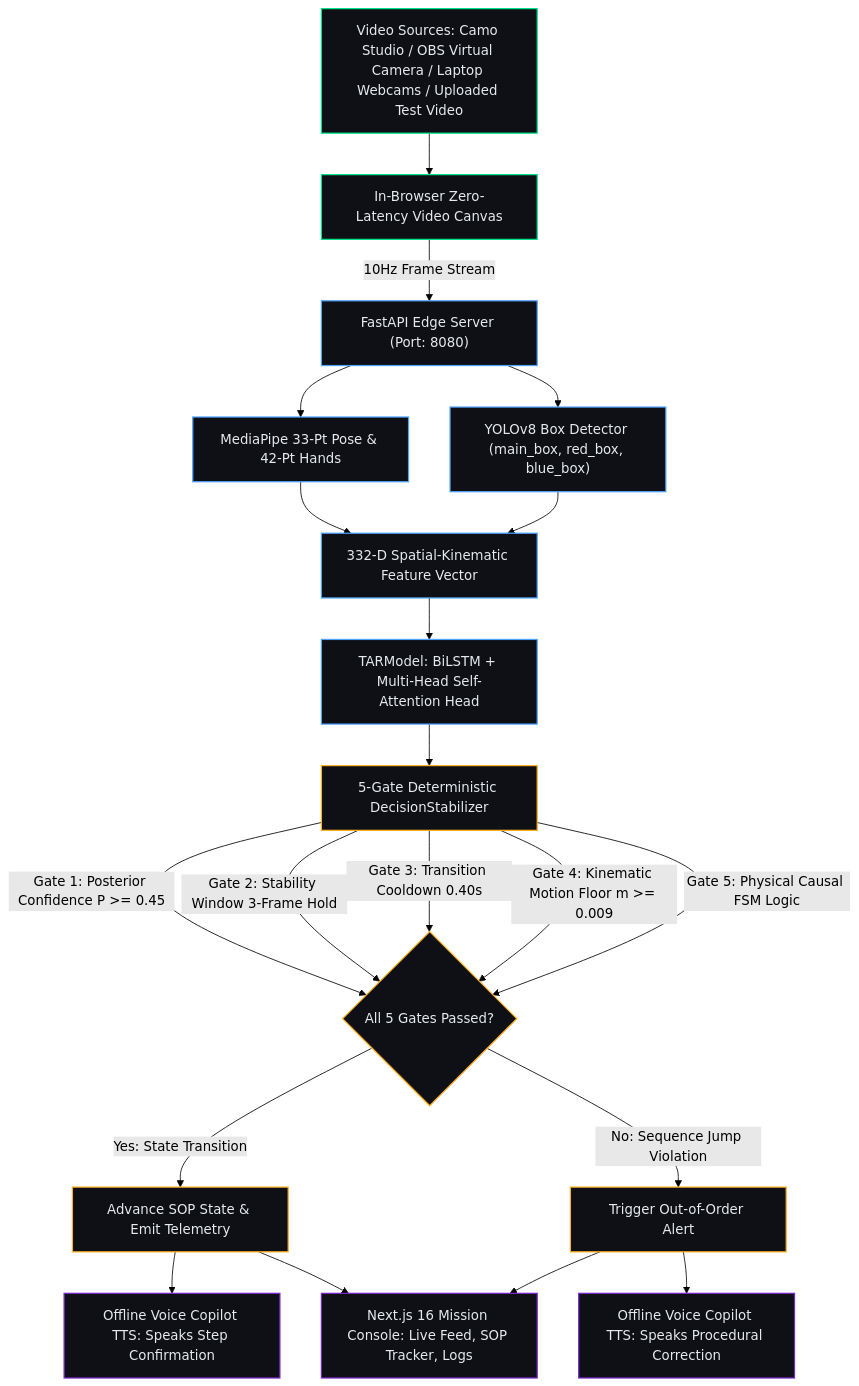
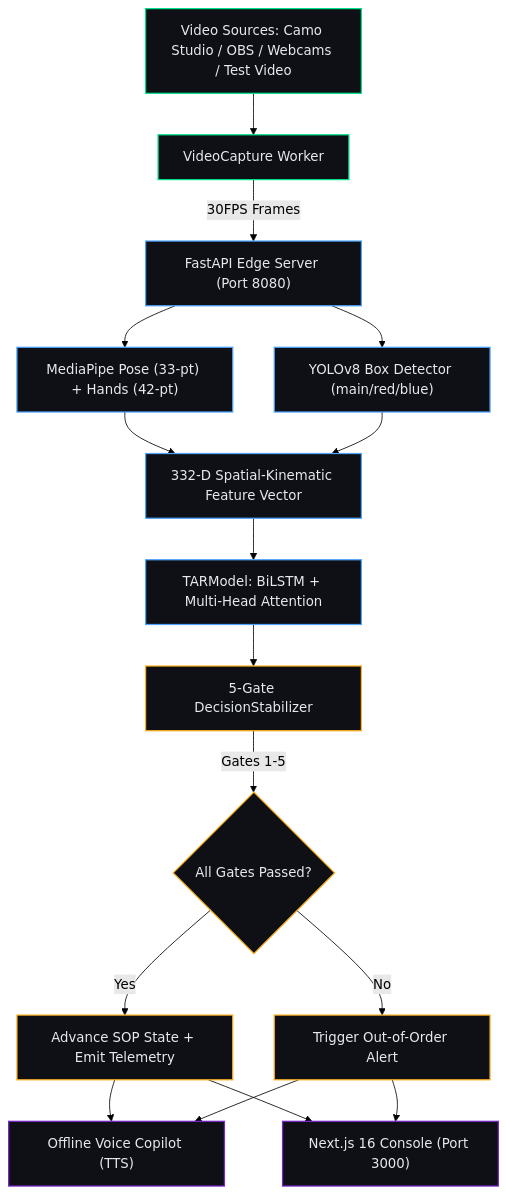
Before and after one commit to Aryasurya12/AstroFlow-AI: the first of 2 diagrams in README.md, drawn with Mermaid (forest theme). The commit also changed other lines of this file and 1 other file, not shown here.

Commit message:
FEAT: Restructure README for hackathon impact, add judges quick start, model metrics, offline-first highlights; add requirements.txt

````diff
--- a/README.md
+++ b/README.md
@@ -29,27 +100,23 @@
 ```mermaid
 graph TD
     classDef hw fill:#0E1015,stroke:#00E08A,stroke-width:1.5px,color:#E6E9ED;
     classDef ai fill:#0E1015,stroke:#4DA3FF,stroke-width:1.5px,color:#E6E9ED;
     classDef gate fill:#0E1015,stroke:#FFB020,stroke-width:1.5px,color:#E6E9ED;
     classDef ui fill:#0E1015,stroke:#7928CA,stroke-width:1.5px,color:#E6E9ED;
 
-    A["Video Sources: Camo Studio / OBS Virtual Camera / Laptop Webcams / Uploaded Test Video"]:::hw --> B["In-Browser Zero-Latency Video Canvas"]:::hw
-    B -->|10Hz Frame Stream| C["FastAPI Edge Server (Port: 8080)"]:::ai
-    C --> D["MediaPipe 33-Pt Pose & 42-Pt Hands"]:::ai
-    C --> E["YOLOv8 Box Detector (main_box, red_box, blue_box)"]:::ai
+    A["Video Sources: Camo Studio / OBS / Webcams / Test Video"]:::hw --> B["VideoCapture Worker"]:::hw
+    B -->|30FPS Frames| C["FastAPI Edge Server (Port 8080)"]:::ai
+    C --> D["MediaPipe Pose (33-pt) + Hands (42-pt)"]:::ai
+    C --> E["YOLOv8 Box Detector (main/red/blue)"]:::ai
     D --> F["332-D Spatial-Kinematic Feature Vector"]:::ai
     E --> F
-    F --> G["TARModel: BiLSTM + Multi-Head Self-Attention Head"]:::ai
-    G --> H["5-Gate Deterministic DecisionStabilizer"]:::gate
-    H -->|Gate 1: Posterior Confidence P >= 0.45| I{"All 5 Gates Passed?"}:::gate
-    H -->|Gate 2: Stability Window 3-Frame Hold| I
-    H -->|Gate 3: Transition Cooldown 0.40s| I
-    H -->|Gate 4: Kinematic Motion Floor m >= 0.009| I
-    H -->|Gate 5: Physical Causal FSM Logic| I
-    I -->|Yes: State Transition| J["Advance SOP State & Emit Telemetry"]:::gate
-    I -->|No: Sequence Jump Violation| K["Trigger Out-of-Order Alert"]:::gate
-    J --> L["Offline Voice Copilot TTS: Speaks Step Confirmation"]:::ui
-    K --> M["Offline Voice Copilot TTS: Speaks Procedural Correction"]:::ui
-    J --> N["Next.js 16 Mission Console: Live Feed, SOP Tracker, Logs"]:::ui
-    K --> N
+    F --> G["TARModel: BiLSTM + Multi-Head Attention"]:::ai
+    G --> H["5-Gate DecisionStabilizer"]:::gate
+    H -->|Gates 1-5| I{"All Gates Passed?"}:::gate
+    I -->|Yes| J["Advance SOP State + Emit Telemetry"]:::gate
+    I -->|No| K["Trigger Out-of-Order Alert"]:::gate
+    J --> L["Offline Voice Copilot (TTS)"]:::ui
+    K --> L
+    J --> M["Next.js 16 Console (Port 3000)"]:::ui
+    K --> M
 ```
````
